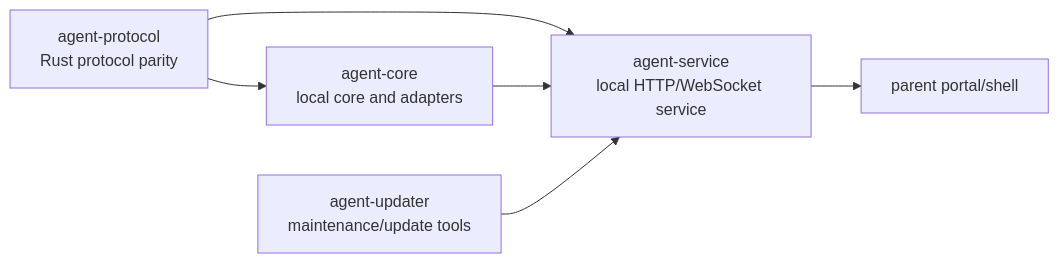
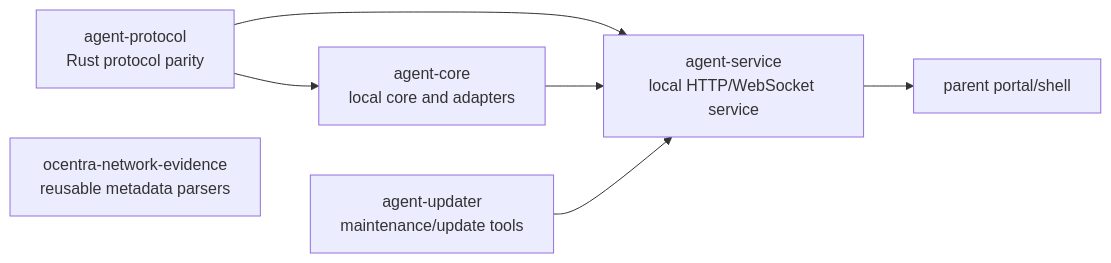
Before and after one commit to ocentra/OcentraParent: the diagram in crates/README.md, drawn with Mermaid. The commit also changed other lines of this file and 12 other files, not shown here.

````diff
--- a/crates/README.md
+++ b/crates/README.md
@@ -7,14 +7,15 @@
 ```mermaid
 flowchart LR
   Core["agent-core\nlocal core and adapters"]
   Protocol["agent-protocol\nRust protocol parity"]
   Service["agent-service\nlocal HTTP/WebSocket service"]
   Updater["agent-updater\nmaintenance/update tools"]
   Portal["parent portal/shell"]
 
   Protocol --> Core
   Protocol --> Service
+  Network["ocentra-network-evidence\nreusable metadata parsers"]
   Core --> Service
   Service --> Portal
   Updater --> Service
 ```
````
